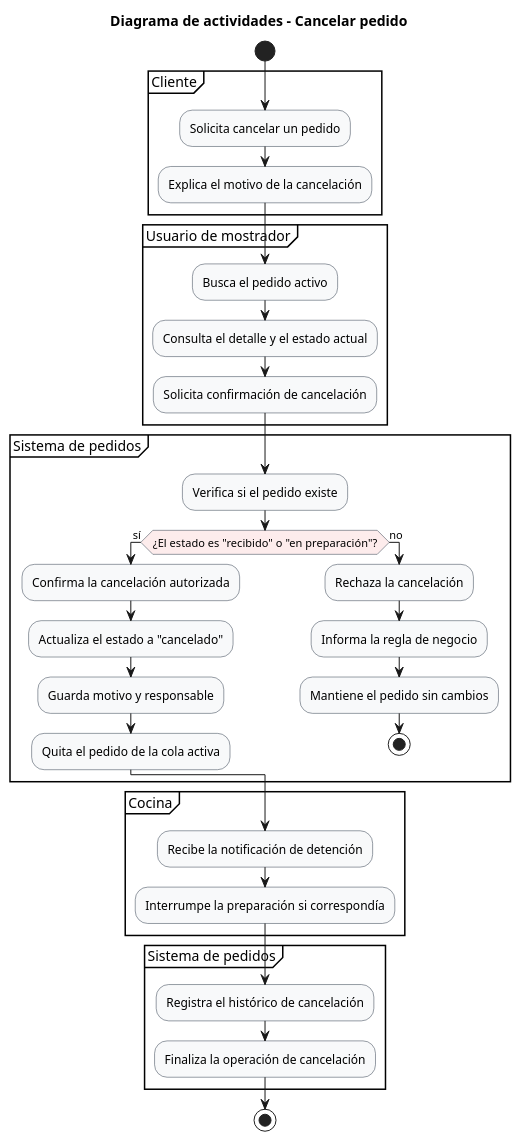
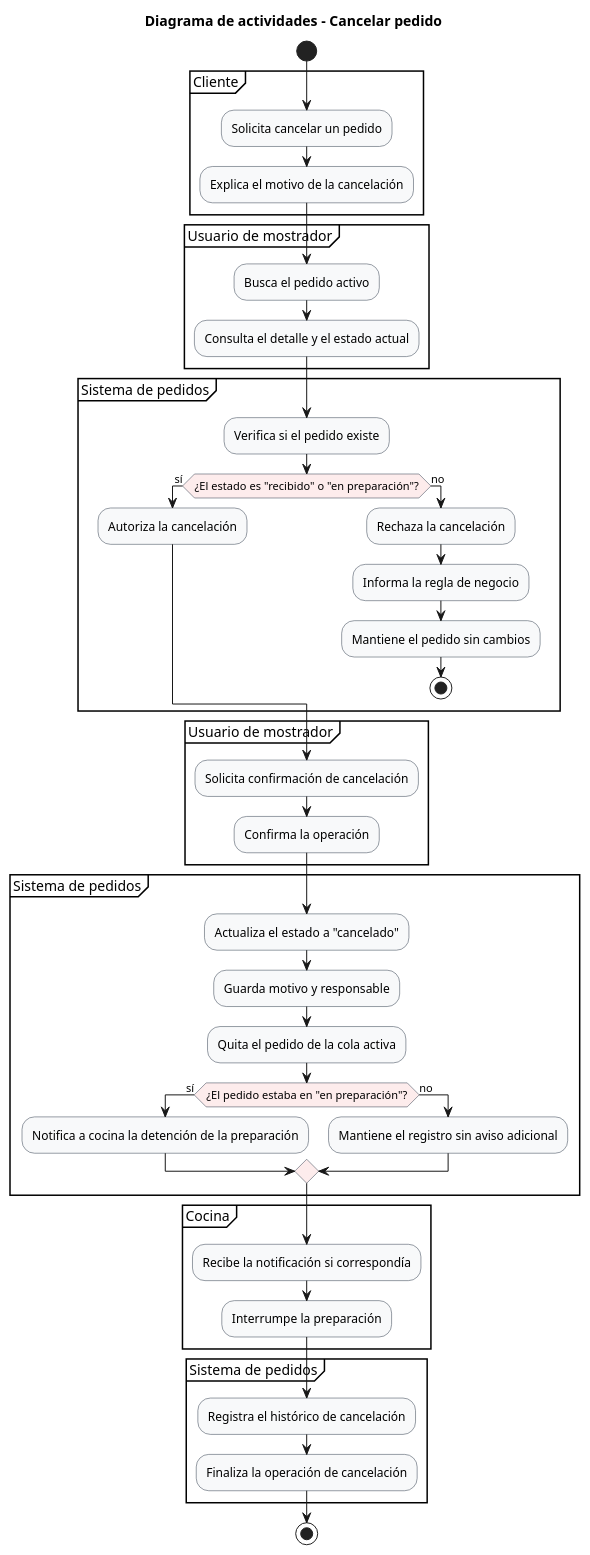
The diagram in diagramas/04-diagramas-actividades/04-actividad-cancelar-pedido-06.puml (lucasmengarelli3/SistemaPedidos), drawn with PlantUML before and after one commit. The commit also changed 8 other files, not shown here.

```diff
--- a/diagramas/04-diagramas-actividades/04-actividad-cancelar-pedido-06.puml
+++ b/diagramas/04-diagramas-actividades/04-actividad-cancelar-pedido-06.puml
@@ -1,53 +1,65 @@
 @startuml
 !pragma useVerticalIf on
 skinparam shadowing false
 skinparam linetype ortho
 skinparam activity {
   BackgroundColor #F8F9FA
   BorderColor #2F3A4A
   DiamondBackgroundColor #FDECEC
   DiamondBorderColor #2F3A4A
 }
 
 title Diagrama de actividades - Cancelar pedido
 
 start
 
 partition "Cliente" {
   :Solicita cancelar un pedido;
   :Explica el motivo de la cancelación;
 }
 
 partition "Usuario de mostrador" {
   :Busca el pedido activo;
   :Consulta el detalle y el estado actual;
-  :Solicita confirmación de cancelación;
 }
 
 partition "Sistema de pedidos" {
   :Verifica si el pedido existe;
   if (¿El estado es "recibido" o "en preparación"?) then (sí)
-    :Confirma la cancelación autorizada;
-    :Actualiza el estado a "cancelado";
-    :Guarda motivo y responsable;
-    :Quita el pedido de la cola activa;
+    :Autoriza la cancelación;
   else (no)
     :Rechaza la cancelación;
     :Informa la regla de negocio;
     :Mantiene el pedido sin cambios;
     stop
   endif
 }
 
+partition "Usuario de mostrador" {
+  :Solicita confirmación de cancelación;
+  :Confirma la operación;
+}
+
+partition "Sistema de pedidos" {
+  :Actualiza el estado a "cancelado";
+  :Guarda motivo y responsable;
+  :Quita el pedido de la cola activa;
+  if (¿El pedido estaba en "en preparación"?) then (sí)
+    :Notifica a cocina la detención de la preparación;
+  else (no)
+    :Mantiene el registro sin aviso adicional;
+  endif
+}
+
 partition "Cocina" {
-  :Recibe la notificación de detención;
-  :Interrumpe la preparación si correspondía;
+  :Recibe la notificación si correspondía;
+  :Interrumpe la preparación;
 }
 
 partition "Sistema de pedidos" {
   :Registra el histórico de cancelación;
   :Finaliza la operación de cancelación;
 }
 
 stop
 @enduml
```
